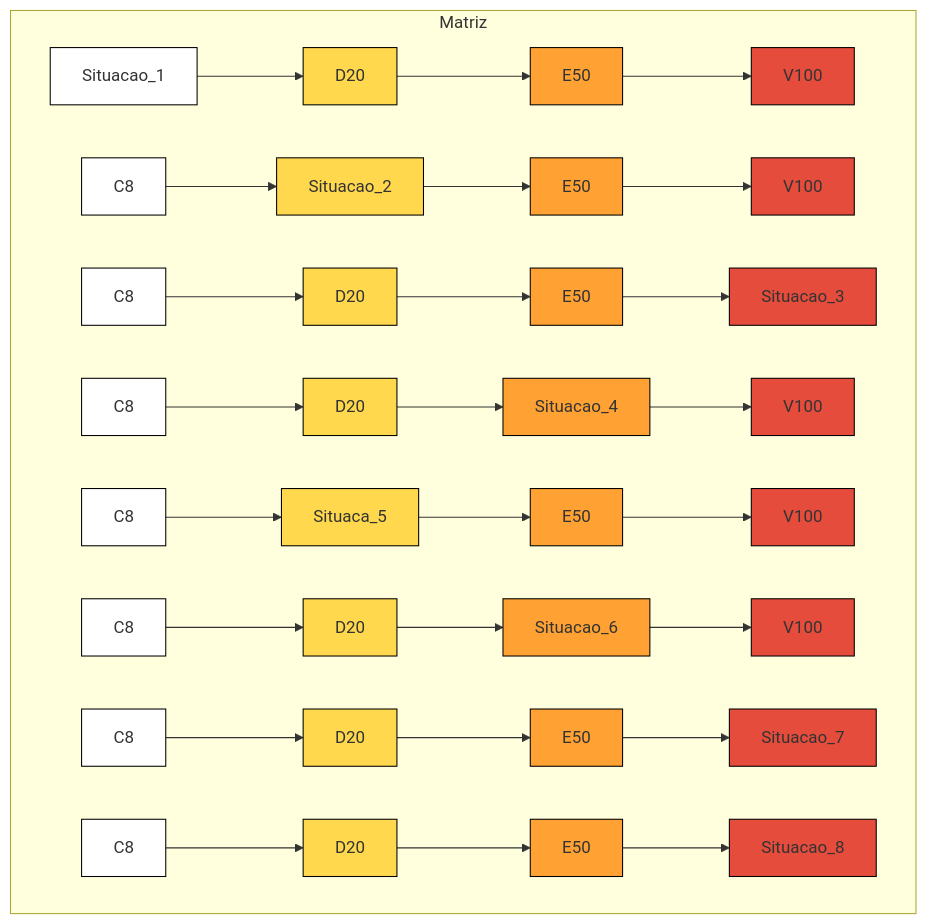
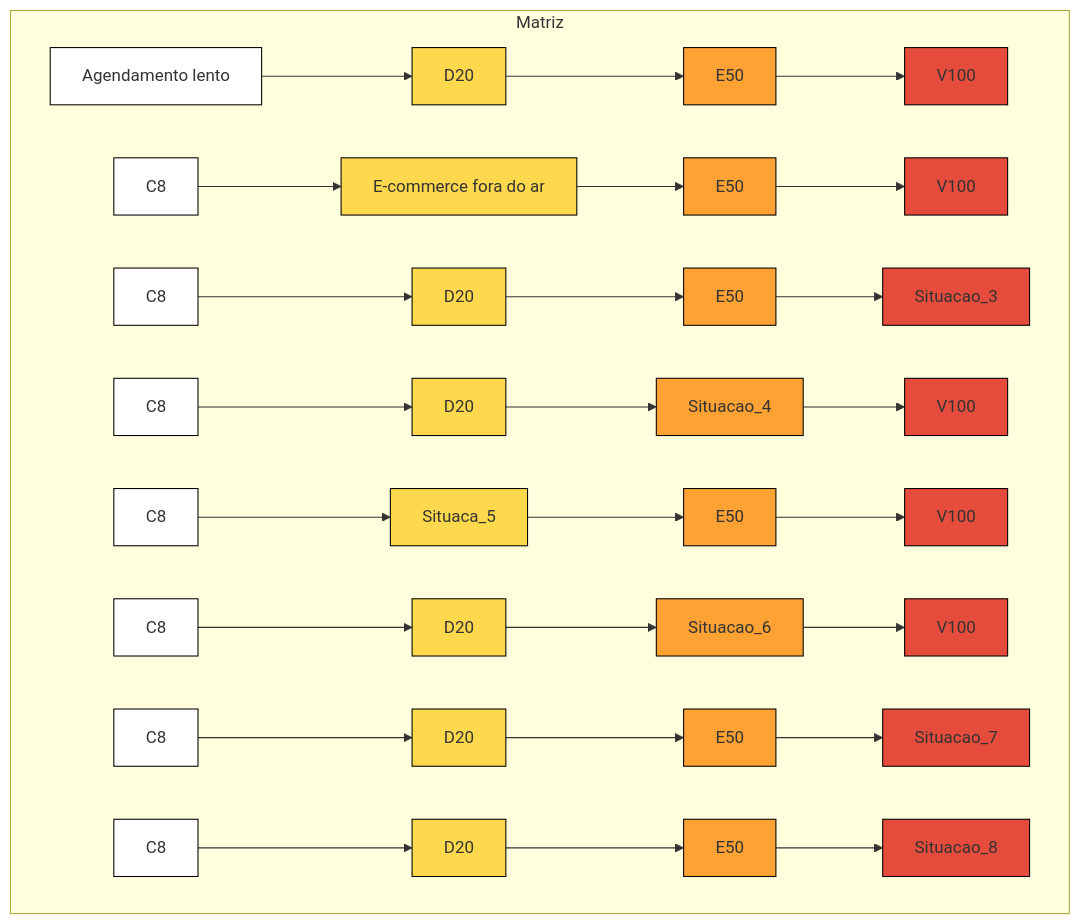
The second of 2 diagrams in README.md (BDlucca/Exercicio-GAPS), drawn with Mermaid before and after one commit.

````diff
--- a/README.md
+++ b/README.md
@@ -23,19 +23,19 @@
 ```mermaid
 graph TD
   subgraph Matriz
-    A1["Situacao_1"]:::branco--> A2["D20"]:::amarelo--> A3["E50"]:::laranja--> A4["V100"]:::vermelho
-    B1["C8"]:::branco--> B2["Situacao_2"]:::amarelo--> B3["E50"]:::laranja--> B4["V100"]:::vermelho
+    A1["Agendamento lento"]:::branco--> A2["D20"]:::amarelo--> A3["E50"]:::laranja--> A4["V100"]:::vermelho
+    B1["C8"]:::branco--> B2["E-commerce fora do ar"]:::amarelo--> B3["E50"]:::laranja--> B4["V100"]:::vermelho
     C1["C8"]:::branco--> C2["D20"]:::amarelo--> C3["E50"]:::laranja--> C4["Situacao_3"]:::vermelho
     D1["C8"]:::branco--> D2["D20"]:::amarelo--> D3["Situacao_4"]:::laranja--> D4["V100"]:::vermelho
     E1["C8"]:::branco--> E2["Situaca_5"]:::amarelo--> E3["E50"]:::laranja--> E4["V100"]:::vermelho
     F1["C8"]:::branco--> F2["D20"]:::amarelo--> F3["Situacao_6"]:::laranja--> F4["V100"]:::vermelho
     G1["C8"]:::branco--> G2["D20"]:::amarelo--> G3["E50"]:::laranja--> G4["Situacao_7"]:::vermelho
     H1["C8"]:::branco--> H2["D20"]:::amarelo--> H3["E50"]:::laranja--> H4["Situacao_8"]:::vermelho
 end
 
 classDef branco fill:#fff,      stroke:#000,  stroke-width:1px;
 classDef amarelo fill:#FFD84D,  stroke:#000,  stroke-width:1px;
 classDef laranja fill:#FFA233,  stroke:#000,  stroke-width:1px;
 classDef vermelho fill:#E64C3C, stroke:#000,  stroke-width:1px;
 
 ```
````
